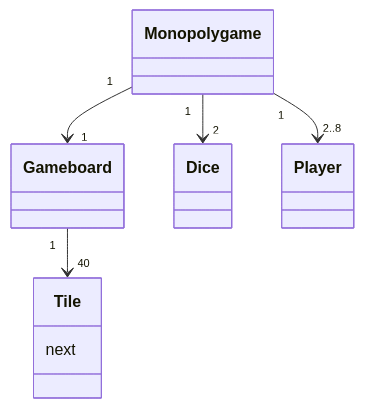
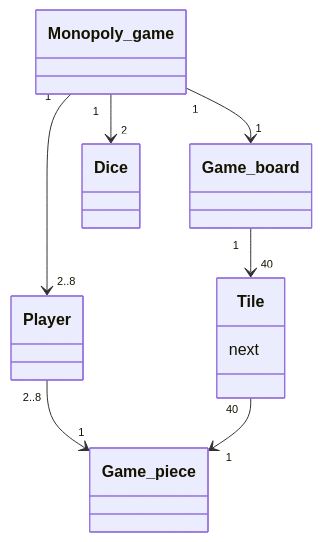
One commit to lenbie/Expense-Tracker-Project changed the diagram in laskarit/viikko3/task1.md. Above: the diagram before and after it, drawn with Mermaid.

````diff
--- a/laskarit/viikko3/task1.md
+++ b/laskarit/viikko3/task1.md
@@ -5,18 +5,22 @@
 ```mermaid
   classDiagram
-        Monopoly game "1" --> "1" Game board
-        class Monopoly game{
+        Monopoly_game "1" --> "1" Game_board
+        class Monopoly_game{
                 }
-        class Game board{
+        class Game_board{
         }
-        Monopoly game "1" --> "2" Dice
+        Monopoly_game "1" --> "2" Dice
         class Dice{
         }
-        Monopoly game "1" --> "2..8" Player
+        Monopoly_game "1" --> "2..8" Player
         class Player{
         }
-        Game board "1" --> "40" Tile
+        Game_board "1" --> "40" Tile
         class Tile{
           next
         }
+        Player "2..8" --> "1" Game_piece
+        class Game_piece{
+        }
+        Tile "40" --> "1" Game_piece
 ```
````
